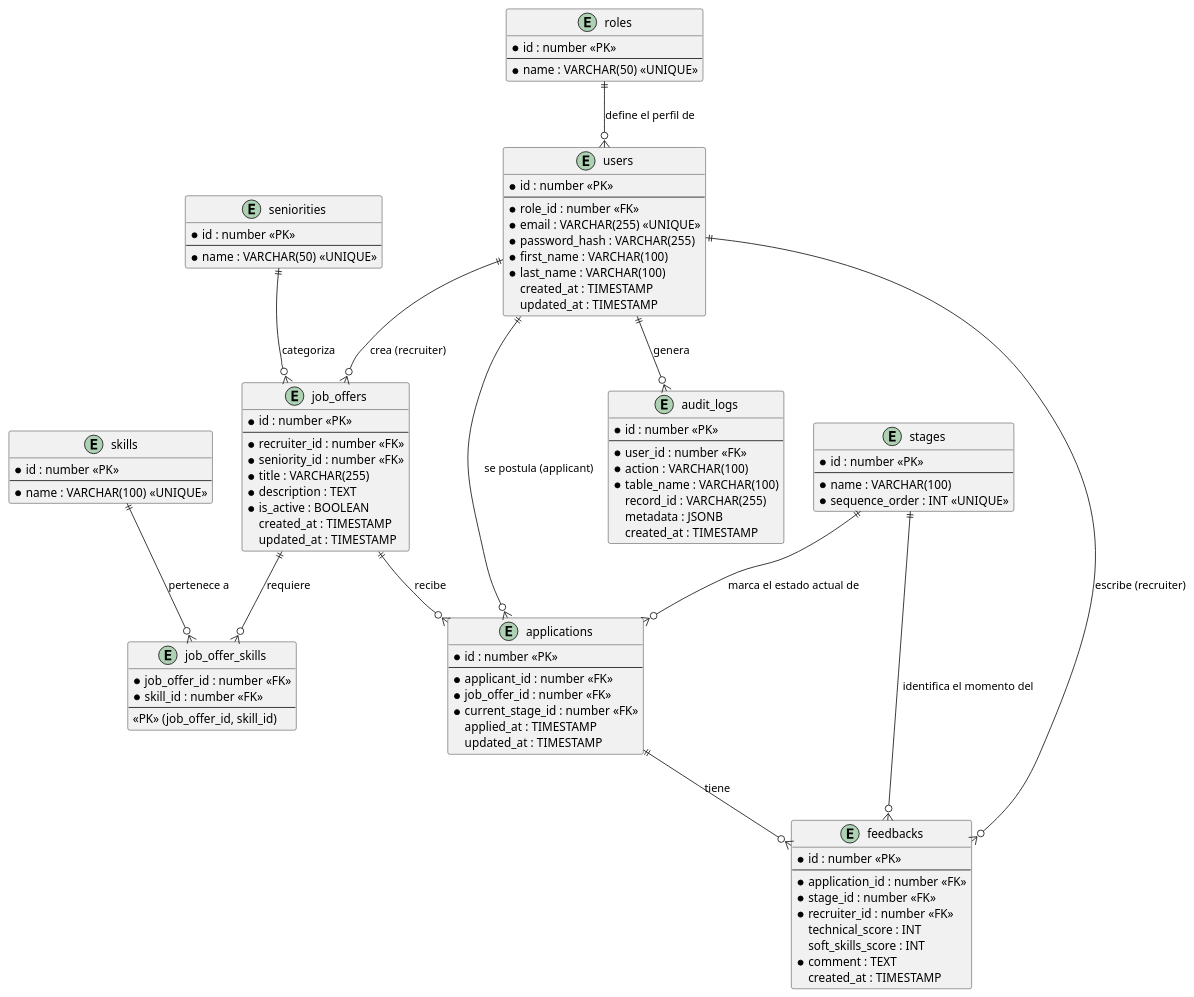
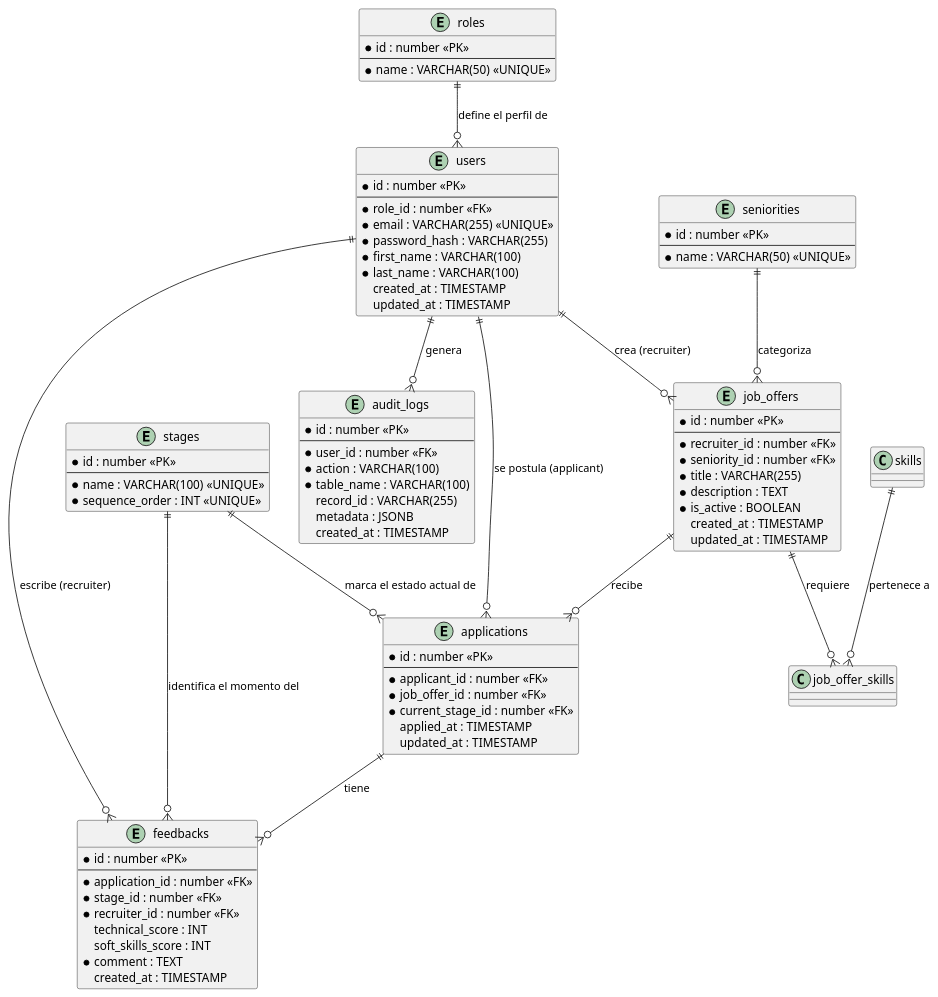
Before and after one commit to LauEroles/NextStep: the diagram in documentacion/der.puml, drawn with PlantUML. The commit also changed 1 other file, not shown here.

Commit message:
deleted job skills to simplify structure

```diff
--- a/documentacion/der.puml
+++ b/documentacion/der.puml
@@ -1,114 +1,101 @@
 @startuml NextStep DER
 
 entity "users" as users {
   * id : number <<PK>>
   --
   * role_id : number <<FK>>
   * email : VARCHAR(255) <<UNIQUE>>
   * password_hash : VARCHAR(255)
   * first_name : VARCHAR(100)
   * last_name : VARCHAR(100)
   created_at : TIMESTAMP
   updated_at : TIMESTAMP
 }
 
 entity "roles" as roles {
   * id : number <<PK>>
   --
   * name : VARCHAR(50) <<UNIQUE>>
 }
 
-entity "skills" as skills {
-  * id : number <<PK>>
-  --
-  * name : VARCHAR(100) <<UNIQUE>>
-}
-
 entity "seniorities" as seniorities {
   * id : number <<PK>>
   --
   * name : VARCHAR(50) <<UNIQUE>>
 }
 
 entity "job_offers" as job_offers {
   * id : number <<PK>>
   --
   * recruiter_id : number <<FK>>
   * seniority_id : number <<FK>>
   * title : VARCHAR(255)
   * description : TEXT
   * is_active : BOOLEAN
   created_at : TIMESTAMP
   updated_at : TIMESTAMP
 }
 
-entity "job_offer_skills" as job_offer_skills {
-  * job_offer_id : number <<FK>>
-  * skill_id : number <<FK>>
-  --
-  <<PK>> (job_offer_id, skill_id)
-}
-
 entity "stages" as stages {
   * id : number <<PK>>
   --
-  * name : VARCHAR(100)
+  * name : VARCHAR(100) <<UNIQUE>>
   * sequence_order : INT <<UNIQUE>> 
 }
 
 entity "applications" as applications {
   * id : number <<PK>>
   --
   * applicant_id : number <<FK>>
   * job_offer_id : number <<FK>>
   * current_stage_id : number <<FK>>
   applied_at : TIMESTAMP
   updated_at : TIMESTAMP
 }
 
 entity "feedbacks" as feedbacks {
   * id : number <<PK>>
   --
   * application_id : number <<FK>>
   * stage_id : number <<FK>>
   * recruiter_id : number <<FK>>
   technical_score : INT
   soft_skills_score : INT
   * comment : TEXT
   created_at : TIMESTAMP
 }
 
 entity "audit_logs" as audit_logs {
   * id : number <<PK>>
   --
   * user_id : number <<FK>>
   * action : VARCHAR(100)
   * table_name : VARCHAR(100)
   record_id : VARCHAR(255)
   metadata : JSONB
   created_at : TIMESTAMP
 }
 
 ' Relación de Usuarios y Roles (1 a Muchos)
 roles ||--o{ users : "define el perfil de"
 
 ' Relaciones de Ofertas y Skills/Seniority
 users ||--o{ job_offers : "crea (recruiter)"
 seniorities ||--o{ job_offers : "categoriza"
 job_offers ||--o{ job_offer_skills : "requiere"
 skills ||--o{ job_offer_skills : "pertenece a"
 
 ' Relaciones de Postulaciones y Etapas
 users ||--o{ applications : "se postula (applicant)"
 job_offers ||--o{ applications : "recibe"
 stages ||--o{ applications : "marca el estado actual de"
 
 ' Relaciones de Feedback
 applications ||--o{ feedbacks : "tiene"
 stages ||--o{ feedbacks : "identifica el momento del"
 users ||--o{ feedbacks : "escribe (recruiter)"
 
 ' Relaciones de Auditoría
 users ||--o{ audit_logs : "genera"
 
 @enduml
```
